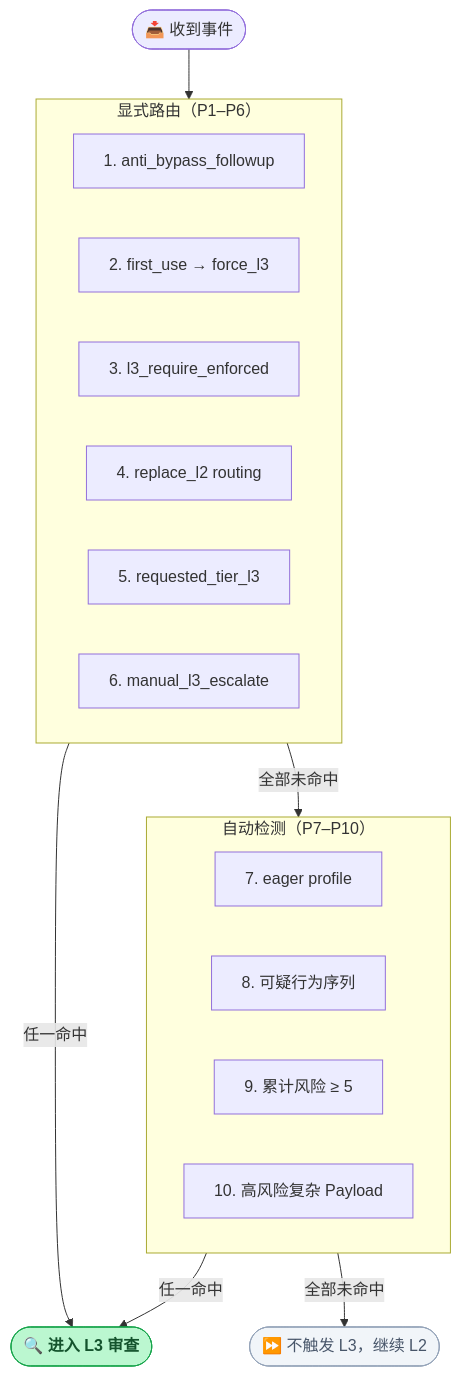
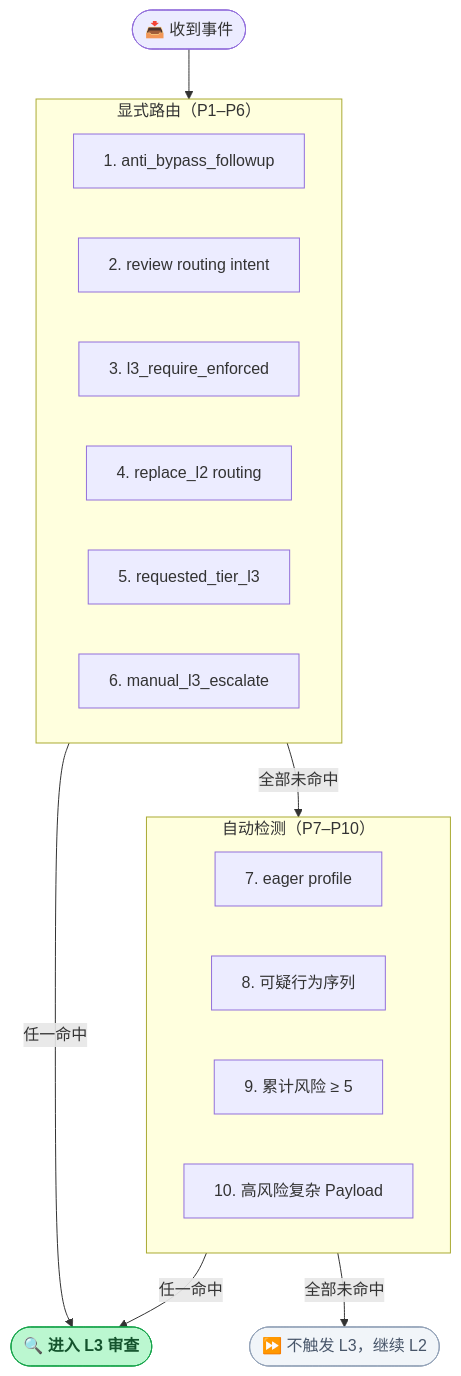
Before and after one commit to AI45Lab/ClawSentry: the first of 2 diagrams in site-docs/decision-layers/l3-agent.md, drawn with Mermaid. The commit also changed other lines of this file and 60 other files, not shown here.

````diff
--- a/site-docs/decision-layers/l3-agent.md
+++ b/site-docs/decision-layers/l3-agent.md
@@ -50,29 +50,29 @@
 ```mermaid
 flowchart TD
     IN(["📥 收到事件"]) --> EXPLICIT
 
     subgraph EXPLICIT ["显式路由（P1–P6）"]
         P1["1. anti_bypass_followup"]
-        P2["2. first_use → force_l3"]
+        P2["2. review routing intent"]
         P3["3. l3_require_enforced"]
         P4["4. replace_l2 routing"]
         P5["5. requested_tier_l3"]
         P6["6. manual_l3_escalate"]
     end
 
     EXPLICIT -->|"任一命中"| L3(["🔍 进入 L3 审查"]):::enter
     EXPLICIT -->|"全部未命中"| AUTO
 
     subgraph AUTO ["自动检测（P7–P10）"]
         P7["7. eager profile"]
         P8["8. 可疑行为序列"]
         P9["9. 累计风险 ≥ 5"]
         P10["10. 高风险复杂 Payload"]
     end
 
     AUTO -->|"任一命中"| L3
     AUTO -->|"全部未命中"| SKIP(["⏩ 不触发 L3，继续 L2"]):::skip
 
     classDef enter fill:#bbf7d0,stroke:#16a34a,color:#14532d,font-weight:bold
     classDef skip fill:#f1f5f9,stroke:#94a3b8,color:#475569
 ```
````
